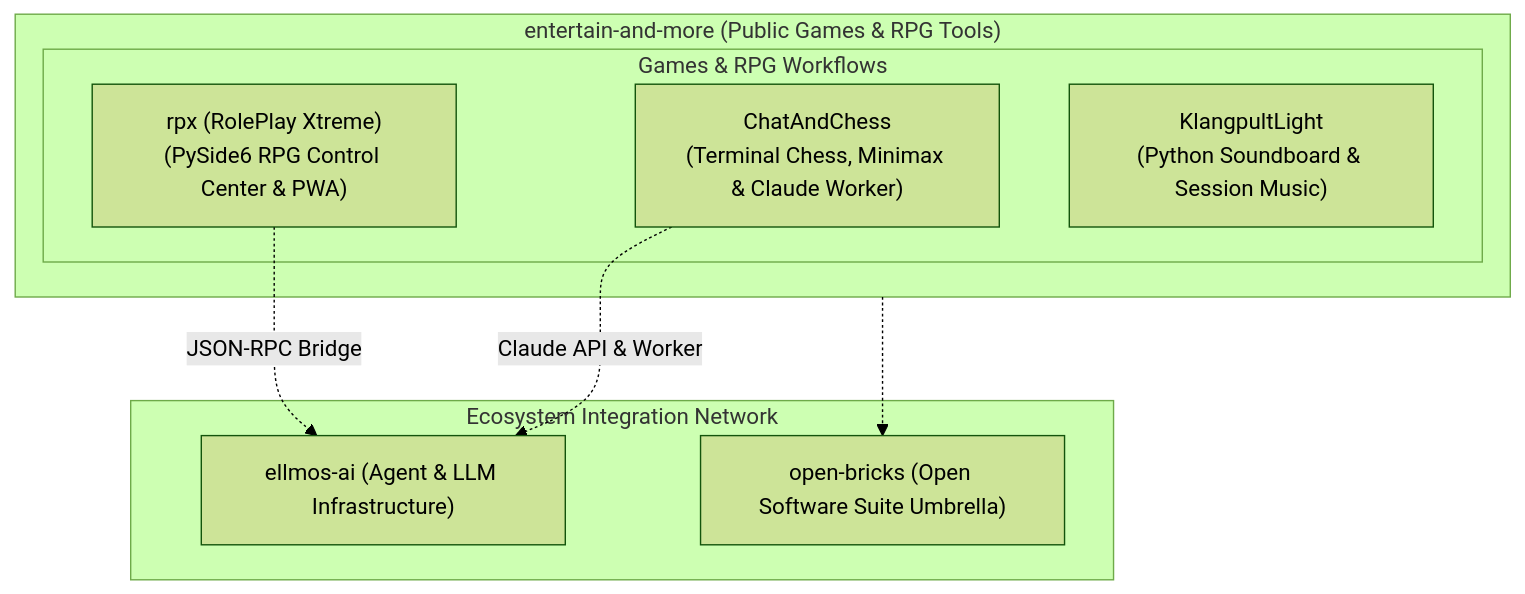
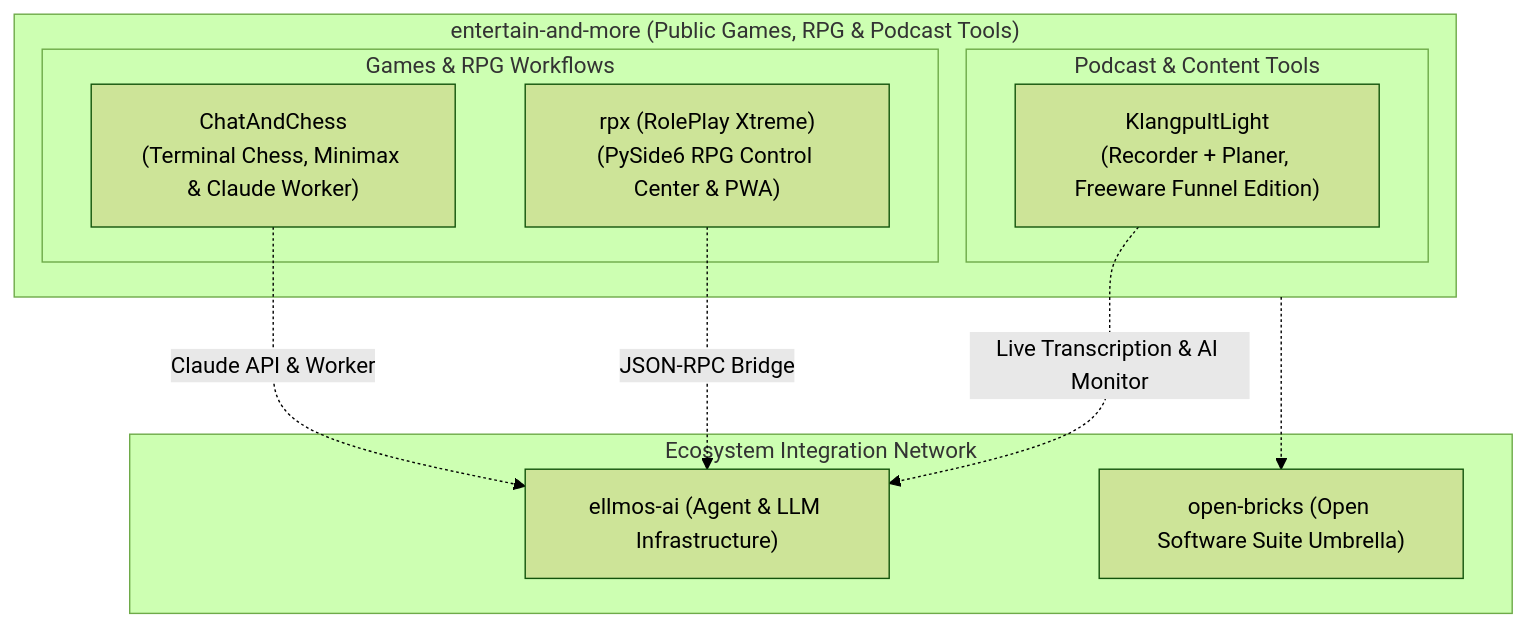
One commit to entertain-and-more/.github changed the diagram in profile/README.md. Above: the diagram before and after it, drawn with Mermaid (forest theme). The commit also changed other lines of this file and 2 other files, not shown here.

First line of the commit message:
docs(profile): refresh public index, add module showcase, fix KlangpultLight description

````diff
--- a/profile/README.md
+++ b/profile/README.md
@@ -40,20 +48,22 @@
 ```mermaid
 graph TD
-    subgraph Org ["entertain-and-more (Public Games & RPG Tools)"]
+    subgraph Org ["entertain-and-more (Public Games, RPG & Podcast Tools)"]
         subgraph Gaming ["Games & RPG Workflows"]
             CC["ChatAndChess<br/>(Terminal Chess, Minimax & Claude Worker)"]
             RPX["rpx (RolePlay Xtreme)<br/>(PySide6 RPG Control Center & PWA)"]
-            KLANG["KlangpultLight<br/>(Python Soundboard & Session Music)"]
         end
-
+        subgraph Content ["Podcast & Content Tools"]
+            KLANG["KlangpultLight<br/>(Recorder + Planer, Freeware Funnel Edition)"]
+        end
     end
 
     subgraph Eco ["Ecosystem Integration Network"]
         ELLMOS["ellmos-ai (Agent & LLM Infrastructure)"]
         OPEN["open-bricks (Open Software Suite Umbrella)"]
     end
 
     CC -.->|Claude API & Worker| ELLMOS
     RPX -.->|JSON-RPC Bridge| ELLMOS
+    KLANG -.->|Live Transcription & AI Monitor| ELLMOS
     Org -.-> OPEN
 ```
````
